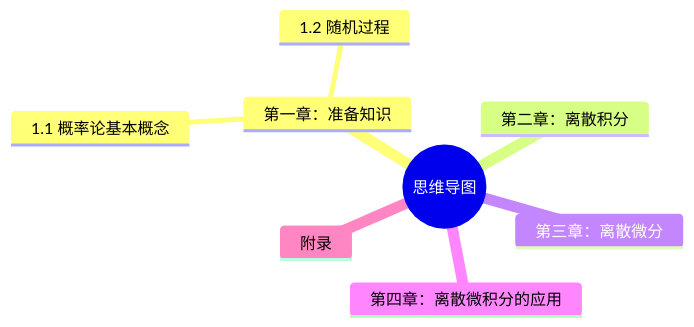
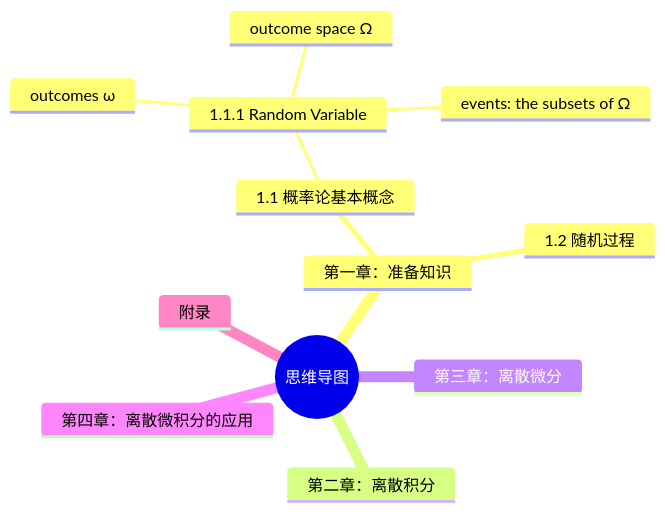
The diagram in math/230715-stochastic-calculus.md (damonYuan/gitbook), drawn with Mermaid before and after one commit.

````diff
--- a/math/230715-stochastic-calculus.md
+++ b/math/230715-stochastic-calculus.md
@@ -11,12 +11,16 @@
 ```mermaid
 mindmap
   root((思维导图))
     第一章：准备知识 
       1.1 概率论基本概念
+        1.1.1 Random Variable
+            outcomes #969;
+            outcome space #937;
+            events#58; the subsets of &#937
       1.2 随机过程
     第二章：离散积分
     第三章：离散微分
     第四章：离散微积分的应用
     附录
  
 ```
````
